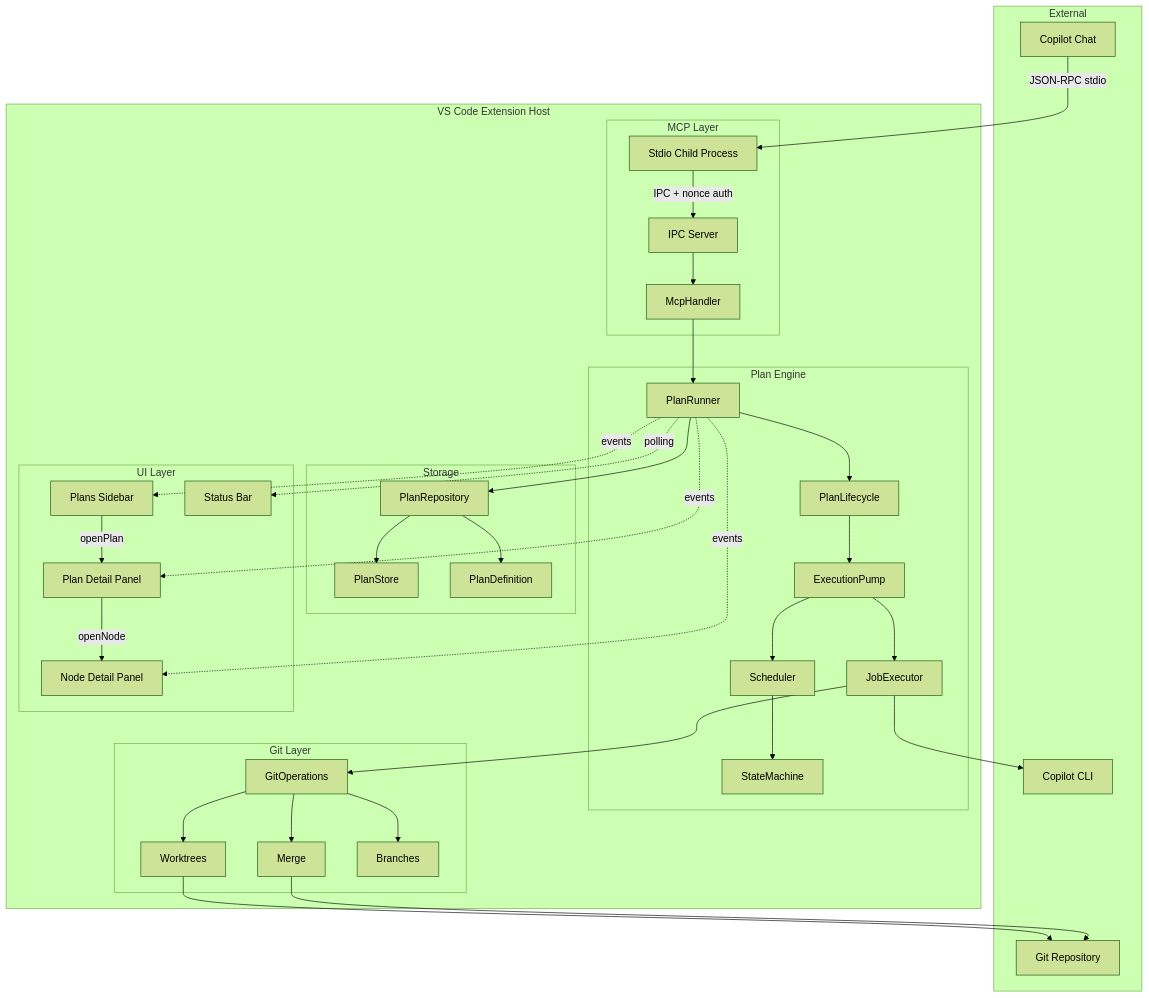
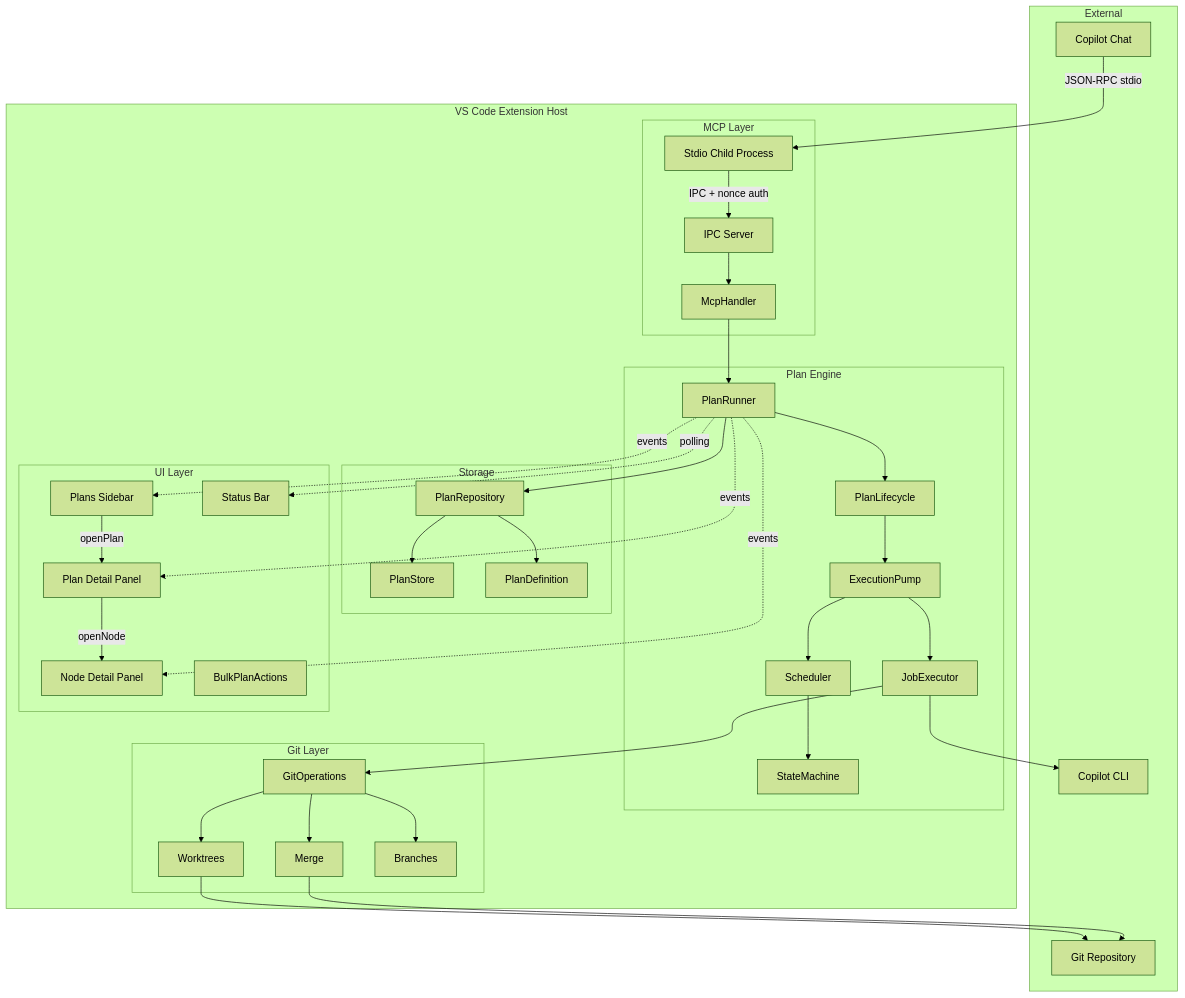
Before and after one commit to JeromySt/vscode-copilot-orchestrator: the first of 22 diagrams in docs/ARCHITECTURE.md, drawn with Mermaid (forest theme). The commit also changed other lines of this file and 234 other files, not shown here.

````diff
--- a/docs/ARCHITECTURE.md
+++ b/docs/ARCHITECTURE.md
@@ -9,74 +9,75 @@
 ```mermaid
 graph TB
     subgraph "External"
         CHAT[Copilot Chat]
         CLI[Copilot CLI]
         REPO[Git Repository]
     end
 
     subgraph "VS Code Extension Host"
         subgraph "MCP Layer"
             IPC[IPC Server]
             STDIO[Stdio Child Process]
             HANDLER[McpHandler]
         end
 
         subgraph "Plan Engine"
             PR[PlanRunner]
             LC[PlanLifecycle]
             SM[StateMachine]
             SCH[Scheduler]
             PUMP[ExecutionPump]
             EX[JobExecutor]
         end
 
         subgraph "Storage"
             REPO_L[PlanRepository]
             STORE[PlanStore]
             DEF[PlanDefinition]
         end
 
         subgraph "Git Layer"
             GIT[GitOperations]
             WT[Worktrees]
             MRG[Merge]
             BR[Branches]
         end
 
         subgraph "UI Layer"
             PV[Plans Sidebar]
             SB[Status Bar]
             PDP[Plan Detail Panel]
             NDP[Node Detail Panel]
+            BPA[BulkPlanActions]
         end
     end
 
     CHAT -->|JSON-RPC stdio| STDIO
     STDIO -->|IPC + nonce auth| IPC
     IPC --> HANDLER
     HANDLER --> PR
 
     PR --> LC
     LC --> PUMP
     PUMP --> SCH
     SCH --> SM
     PUMP --> EX
     EX --> GIT
     EX --> CLI
     PR --> REPO_L
     REPO_L --> STORE
     REPO_L --> DEF
 
     GIT --> WT
     GIT --> MRG
     GIT --> BR
     WT --> REPO
     MRG --> REPO
 
     PR -.->|events| PV
     PR -.->|events| PDP
     PR -.->|events| NDP
     PR -.->|polling| SB
     PV -->|openPlan| PDP
     PDP -->|openNode| NDP
 ```
````
